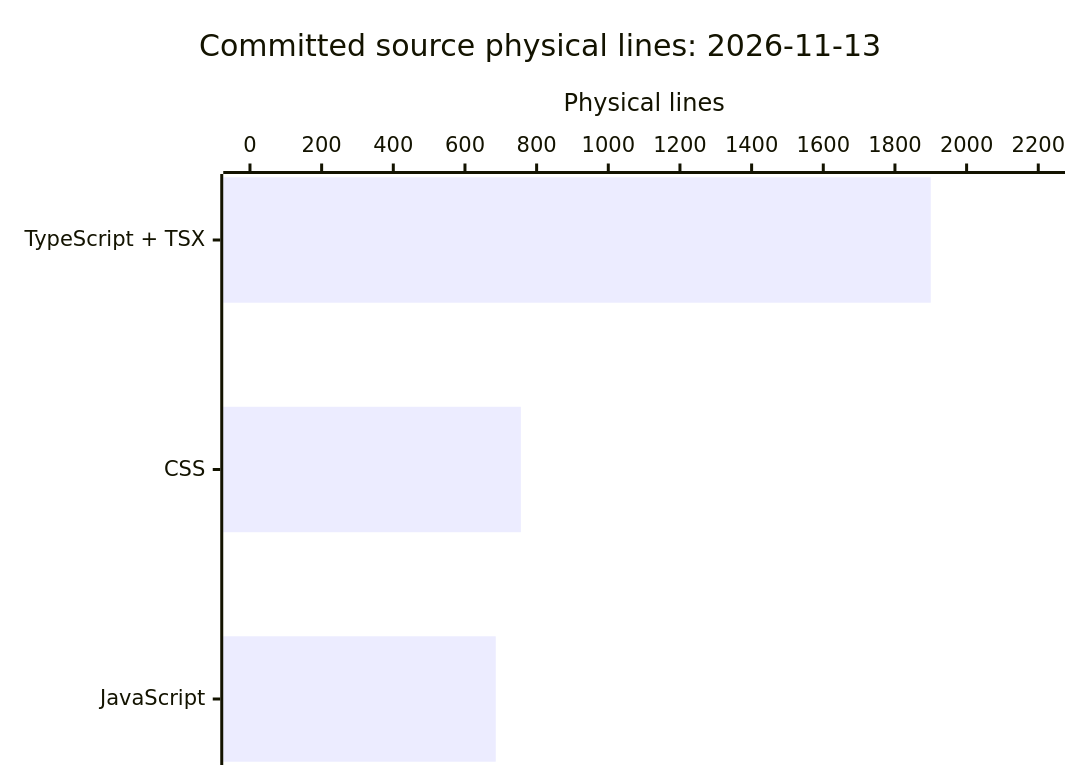
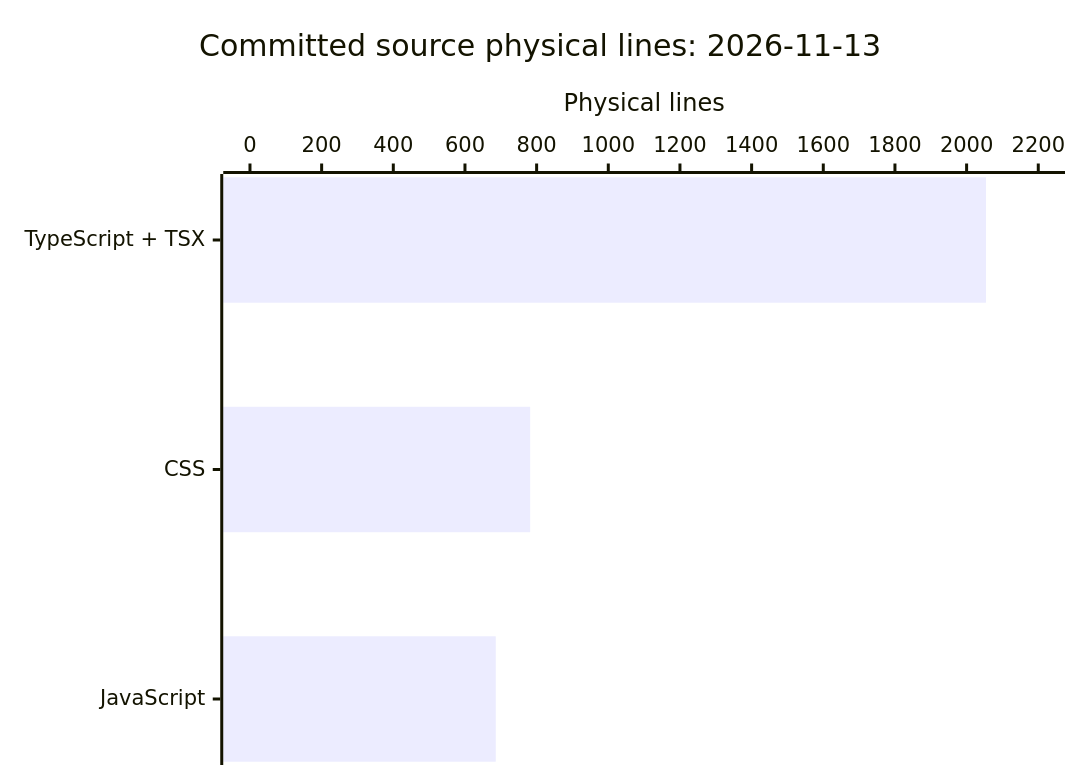
One commit to FactoryDemo/demo-storefront-practice changed the diagram in droid-wiki/by-the-numbers.md. Above: the diagram before and after it, drawn with Mermaid. The commit also changed other lines of this file and 16 other files, not shown here.

````diff
--- a/droid-wiki/by-the-numbers.md
+++ b/droid-wiki/by-the-numbers.md
@@ -28,7 +28,7 @@
 ```mermaid
 xychart-beta horizontal
   title "Committed source physical lines: 2026-11-13"
   x-axis ["TypeScript + TSX", "CSS", "JavaScript"]
   y-axis "Physical lines" 0 --> 2200
-  bar [1900, 756, 686]
+  bar [2054, 782, 686]
 ```
````
